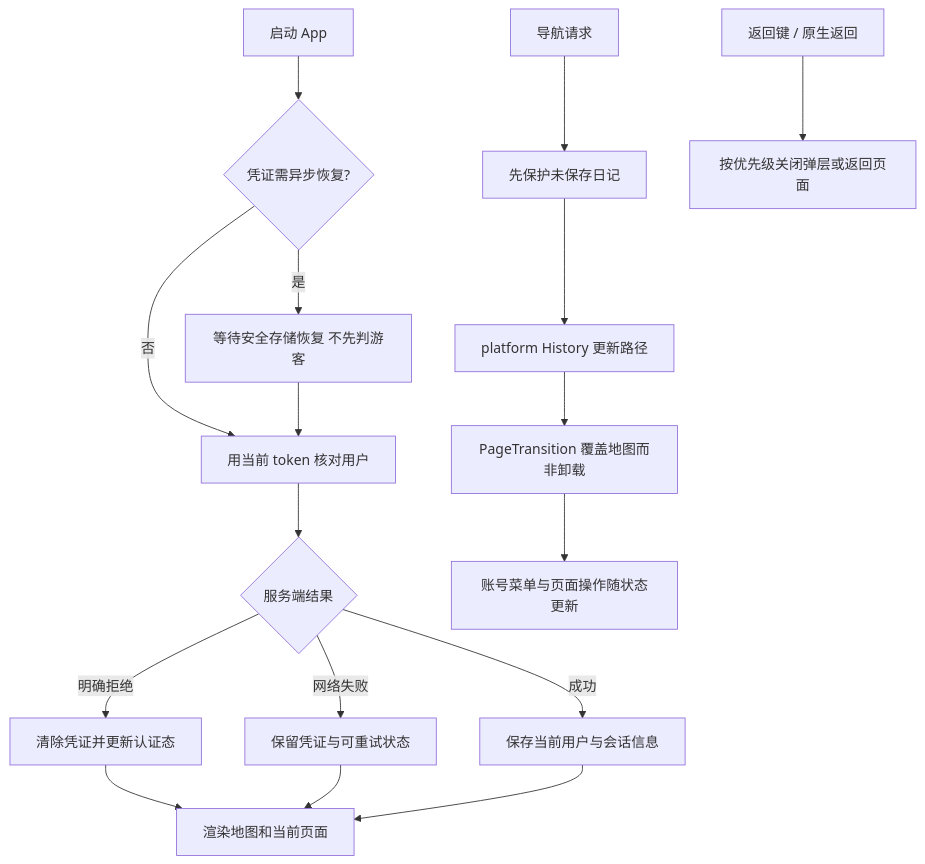
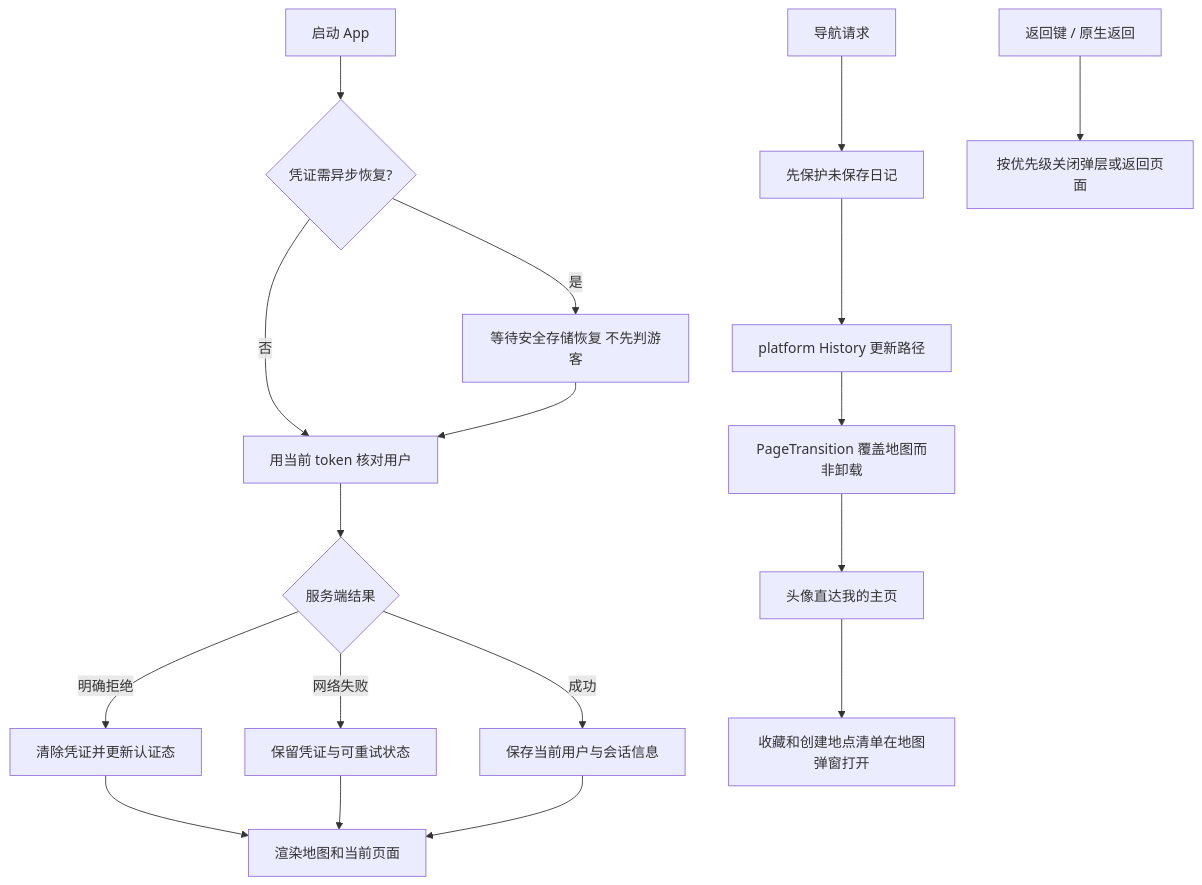
One commit to DinnerpartyFoodMap/dinnerparty_community changed the diagram in frontend/src/app/doc/README.md. Above: the diagram before and after it, drawn with Mermaid. The commit also changed 36 other files, not shown here.

````diff
--- a/frontend/src/app/doc/README.md
+++ b/frontend/src/app/doc/README.md
@@ -5,19 +5,20 @@
 ```mermaid
 flowchart TD
     Start[启动 App] --> Restore{凭证需异步恢复?}
     Restore -->|是| Wait[等待安全存储恢复 不先判游客]
     Restore -->|否| Check[用当前 token 核对用户]
     Wait --> Check
     Check --> Response{服务端结果}
     Response -->|明确拒绝| Clear[清除凭证并更新认证态]
     Response -->|网络失败| Keep[保留凭证与可重试状态]
     Response -->|成功| User[保存当前用户与会话信息]
     Clear --> Render[渲染地图和当前页面]
     Keep --> Render
     User --> Render
     Navigate[导航请求] --> Leave[先保护未保存日记]
     Leave --> History[platform History 更新路径]
     History --> Page[PageTransition 覆盖地图而非卸载]
     Back[返回键 / 原生返回] --> Stack[按优先级关闭弹层或返回页面]
-    Page --> Menu[账号菜单与页面操作随状态更新]
+    Page --> Profile[头像直达我的主页]
+    Profile --> MapList[收藏和创建地点清单在地图弹窗打开]
 ```
````
